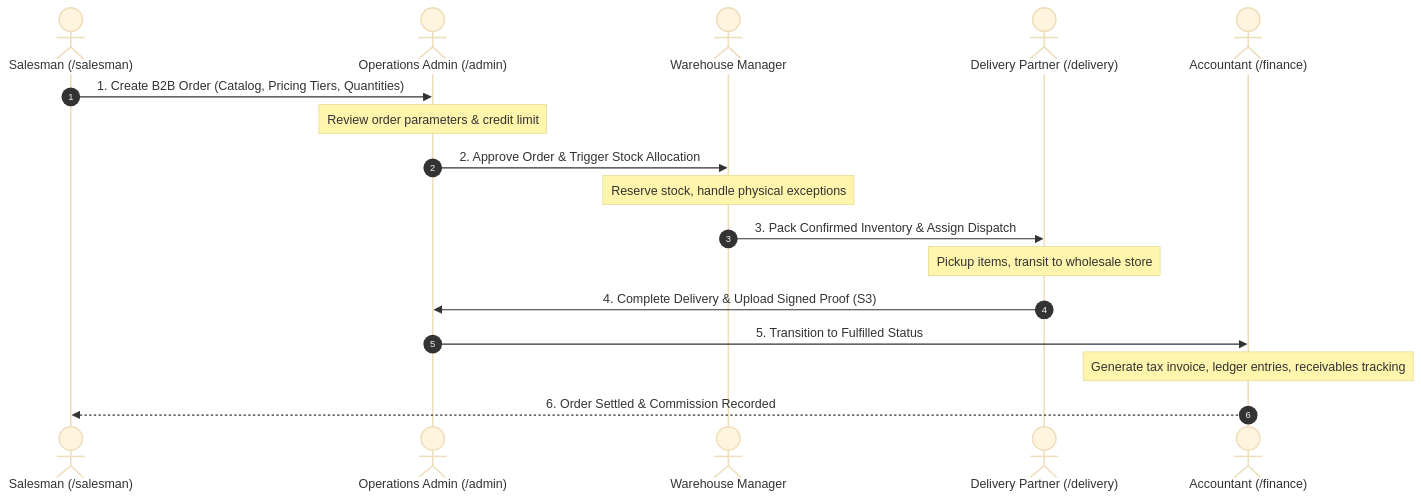
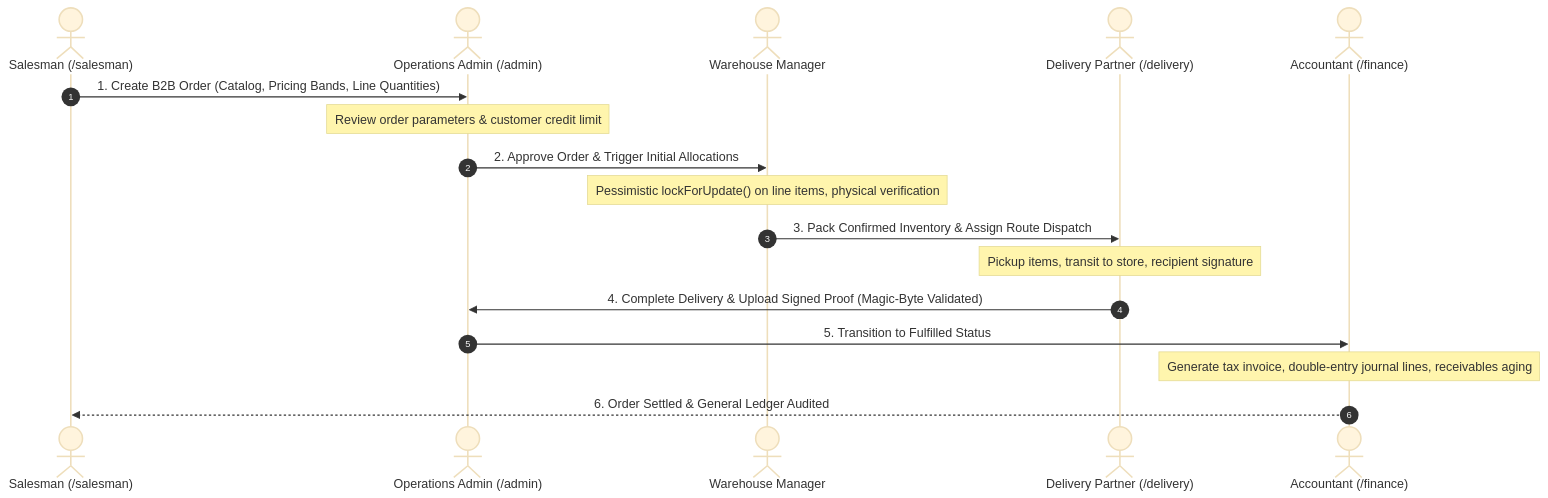
The diagram in assets/diagrams/source/ujw-workflow.mmd (AngulaBadrinath/AngulaBadrinath), drawn with Mermaid (base theme) before and after one commit. The commit also changed 21 other files, not shown here.

Commit message:
fix(hardening): align diagrams with verified codebases, harden validator, and document security advisory

```diff
--- a/assets/diagrams/source/ujw-workflow.mmd
+++ b/assets/diagrams/source/ujw-workflow.mmd
@@ -1,19 +1,20 @@
 %% Unique Jersey Wholesale — End-to-End Operational Lifecycle
+%% Verified across 5 role scopes and PostgreSQL database transaction locks
 sequenceDiagram
   autonumber
   actor Salesman as Salesman (/salesman)
   actor Admin as Operations Admin (/admin)
   actor Warehouse as Warehouse Manager
   actor Driver as Delivery Partner (/delivery)
   actor Accountant as Accountant (/finance)
 
-  Salesman->>Admin: 1. Create B2B Order (Catalog, Pricing Tiers, Quantities)
-  Note over Admin: Review order parameters & credit limit
-  Admin->>Warehouse: 2. Approve Order & Trigger Stock Allocation
-  Note over Warehouse: Reserve stock, handle physical exceptions
-  Warehouse->>Driver: 3. Pack Confirmed Inventory & Assign Dispatch
-  Note over Driver: Pickup items, transit to wholesale store
-  Driver->>Admin: 4. Complete Delivery & Upload Signed Proof (S3)
+  Salesman->>Admin: 1. Create B2B Order (Catalog, Pricing Bands, Line Quantities)
+  Note over Admin: Review order parameters & customer credit limit
+  Admin->>Warehouse: 2. Approve Order & Trigger Initial Allocations
+  Note over Warehouse: Pessimistic lockForUpdate() on line items, physical verification
+  Warehouse->>Driver: 3. Pack Confirmed Inventory & Assign Route Dispatch
+  Note over Driver: Pickup items, transit to store, recipient signature
+  Driver->>Admin: 4. Complete Delivery & Upload Signed Proof (Magic-Byte Validated)
   Admin->>Accountant: 5. Transition to Fulfilled Status
-  Note over Accountant: Generate tax invoice, ledger entries, receivables tracking
-  Accountant-->>Salesman: 6. Order Settled & Commission Recorded
+  Note over Accountant: Generate tax invoice, double-entry journal lines, receivables aging
+  Accountant-->>Salesman: 6. Order Settled & General Ledger Audited
```
